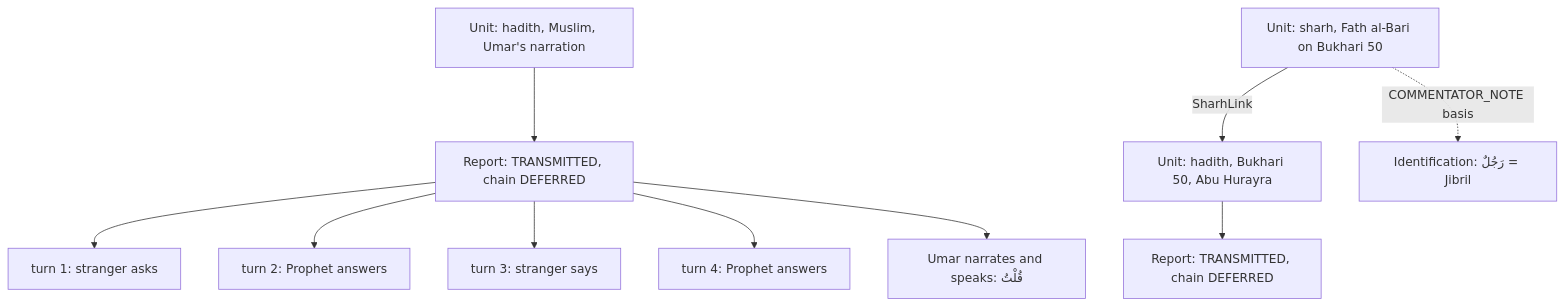
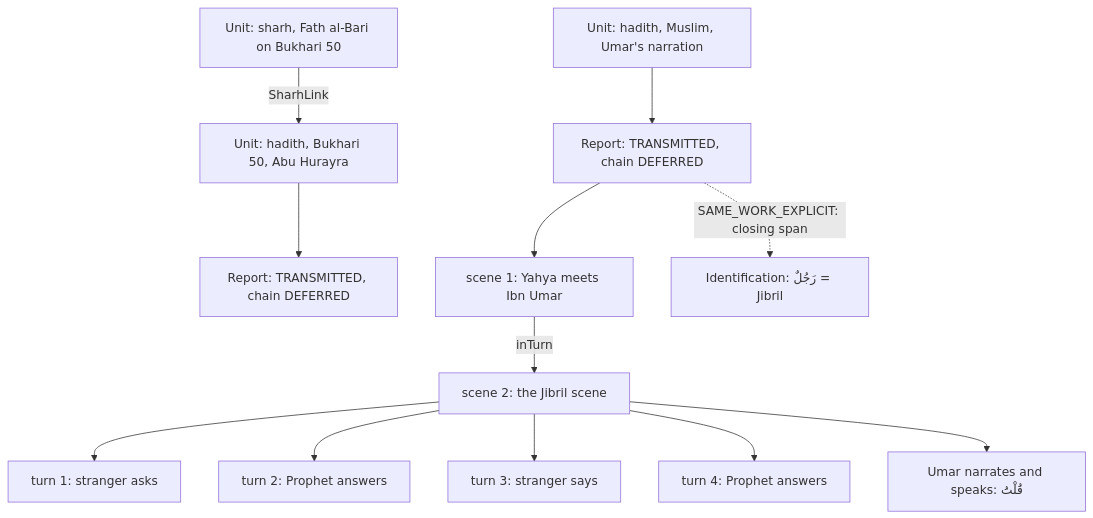
One commit to msskzx/namaq changed the fourth of 5 diagrams in docs/plans/data-model/plan.md. Above: the diagram before and after it, drawn with Mermaid. The commit also changed other lines of this file and 1 other file, not shown here.

Commit message:
docs(data-model): give each scene its own turns and correct the stranger's basis (#308)

````diff
--- a/docs/plans/data-model/plan.md
+++ b/docs/plans/data-model/plan.md
@@ -353,12 +354,14 @@
 ```mermaid
 flowchart TB
   U1[Unit: hadith, Muslim, Umar's narration] --> R1[Report: TRANSMITTED, chain DEFERRED]
   U2[Unit: hadith, Bukhari 50, Abu Hurayra] --> R2[Report: TRANSMITTED, chain DEFERRED]
-  R1 --> T1[turn 1: stranger asks]
-  R1 --> T2[turn 2: Prophet answers]
-  R1 --> T3[turn 3: stranger says]
-  R1 --> T4[turn 4: Prophet answers]
-  R1 --> N1[Umar narrates and speaks: قُلْتُ]
+  R1 --> SC1[scene 1: Yahya meets Ibn Umar]
+  SC1 -- "inTurn" --> SC2[scene 2: the Jibril scene]
+  SC2 --> T1[turn 1: stranger asks]
+  SC2 --> T2[turn 2: Prophet answers]
+  SC2 --> T3[turn 3: stranger says]
+  SC2 --> T4[turn 4: Prophet answers]
+  SC2 --> N1[Umar narrates and speaks: قُلْتُ]
   S[Unit: sharh, Fath al-Bari on Bukhari 50] -- SharhLink --> U2
-  S -. "COMMENTATOR_NOTE basis" .-> ID[Identification: رَجُلٌ = Jibril]
+  R1 -. "SAME_WORK_EXPLICIT: closing span" .-> ID[Identification: رَجُلٌ = Jibril]
 ```
````
